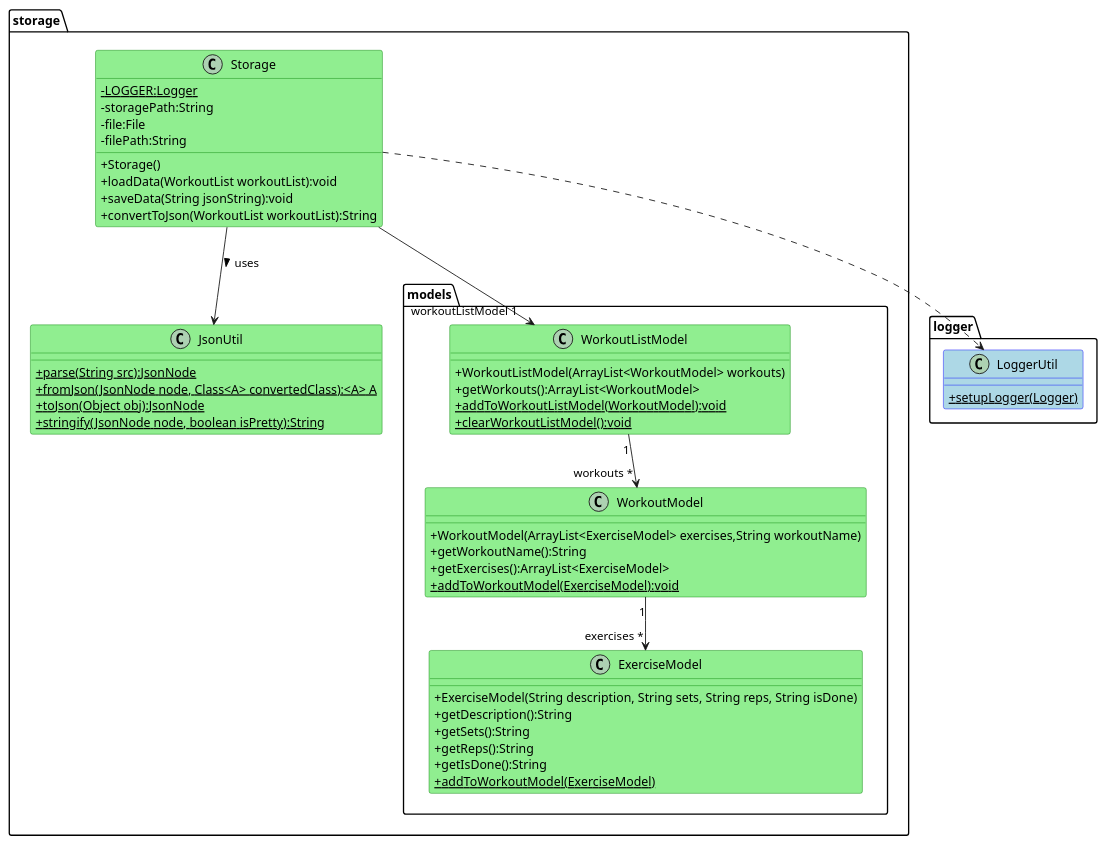
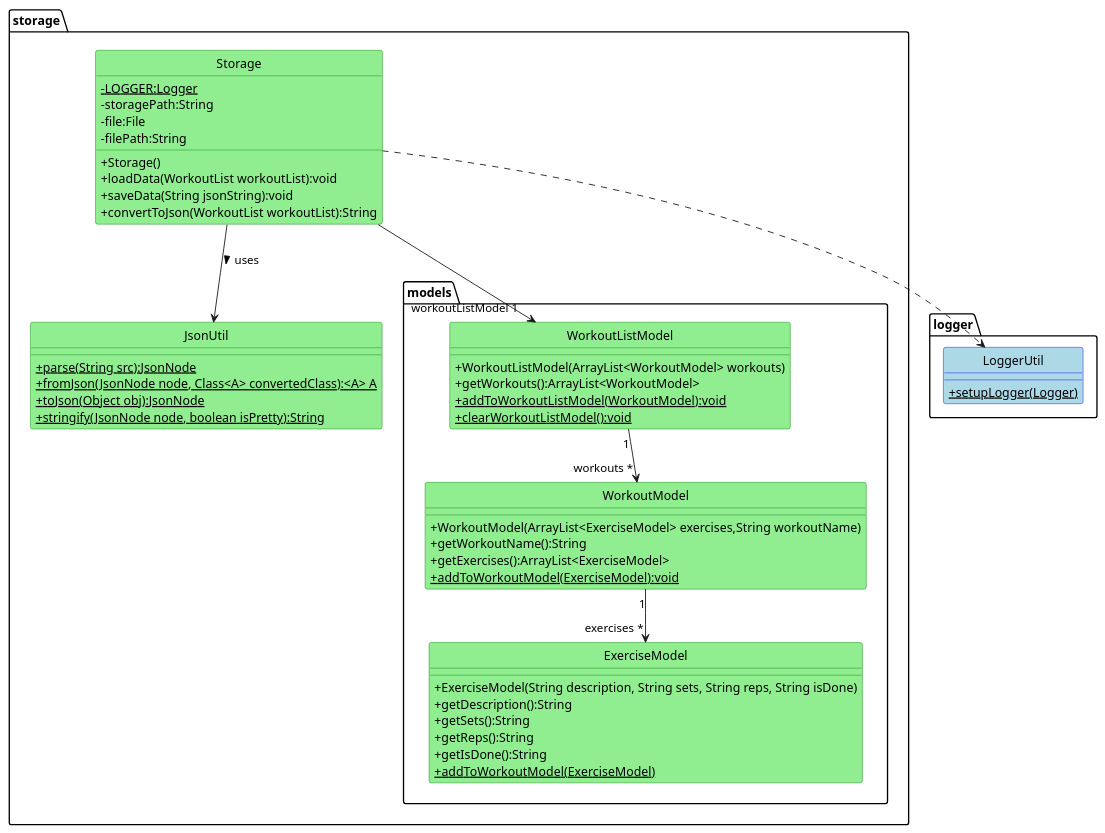
Before and after one commit to nus-cs2113-AY2122S1/tp: the diagram in docs/umldg/Storage.puml, drawn with PlantUML. The commit also changed 7 other files, not shown here.

Commit message:
Made some changes to DataClassDiagram and StorageDiagram. Also added BasicArchitectureDiagram into the DG.

```diff
--- a/docs/umldg/Storage.puml
+++ b/docs/umldg/Storage.puml
@@ -1,57 +1,59 @@
 @startuml
 skinparam classAttributeIconSize 0
+skinparam stereotypeCBackgroundColor White
+hide circle
 package "logger" {
 class LoggerUtil #LightBlue##Blue {
 +setupLogger(Logger) {static}
 }
 }
 package "storage" {
 together {
 class Storage #LightGreen##Green {
 -LOGGER:Logger {static}
 -storagePath:String
 -file:File
 -filePath:String
 +Storage()
 +loadData(WorkoutList workoutList):void
 +saveData(String jsonString):void
 +convertToJson(WorkoutList workoutList):String
 }
 class JsonUtil #LightGreen##Green {
 +parse(String src):JsonNode {static}
 +fromJson(JsonNode node, Class<A> convertedClass):<A> A {static}
 +toJson(Object obj):JsonNode {static}
 +stringify(JsonNode node, boolean isPretty):String {static}
 }
 }
 package "storage.models" {
 together {
 class WorkoutListModel #LightGreen##Green {
 +WorkoutListModel(ArrayList<WorkoutModel> workouts)
 +getWorkouts():ArrayList<WorkoutModel>
 +addToWorkoutListModel(WorkoutModel):void {static}
 +clearWorkoutListModel():void {static}
 }
 class WorkoutModel #LightGreen##Green {
 +WorkoutModel(ArrayList<ExerciseModel> exercises,String workoutName)
 +getWorkoutName():String
 +getExercises():ArrayList<ExerciseModel>
 +addToWorkoutModel(ExerciseModel):void {static}
 }
 class ExerciseModel #LightGreen##Green {
 +ExerciseModel(String description, String sets, String reps, String isDone)
 +getDescription():String
 +getSets():String
 +getReps():String
 +getIsDone():String
 +addToWorkoutModel(ExerciseModel) {static}
 }
 }
 }
 }
 Storage-->JsonUtil : uses >
 Storage--> "workoutListModel 1"WorkoutListModel
 Storage..>LoggerUtil
 WorkoutListModel "1" --> "workouts *" WorkoutModel
 WorkoutModel "1" --> "exercises *" ExerciseModel
 @enduml
```
